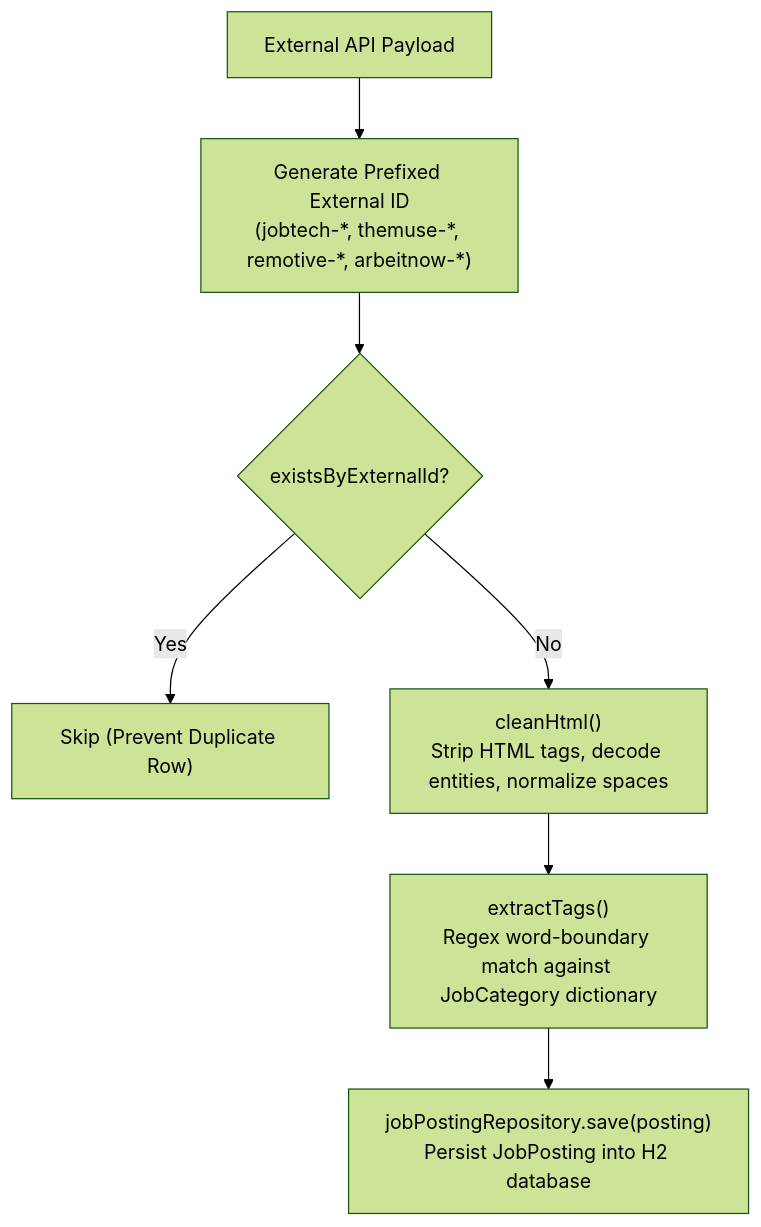
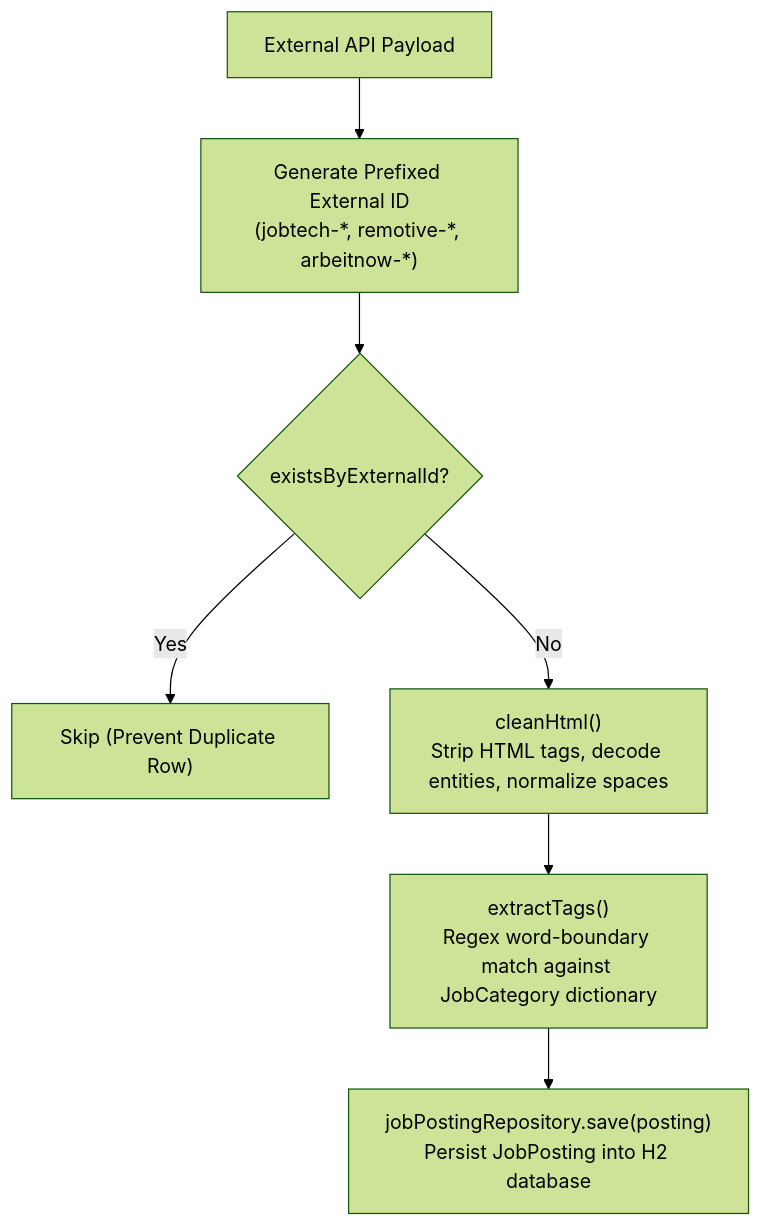
The first of 2 diagrams in README.md (A2p3kt/job-app), drawn with Mermaid (forest theme) before and after one commit. The commit also changed other lines of this file and 5 other files, not shown here.

````diff
--- a/README.md
+++ b/README.md
@@ -120,9 +113,9 @@
 ```mermaid
 flowchart TD
-    API["External API Payload"] --> ID["Generate Prefixed External ID<br/>(jobtech-*, themuse-*, remotive-*, arbeitnow-*)"]
+    API["External API Payload"] --> ID["Generate Prefixed External ID<br/>(jobtech-*, remotive-*, arbeitnow-*)"]
     ID --> DUP{"existsByExternalId?"}
     DUP -- "Yes" --> SKIP["Skip (Prevent Duplicate Row)"]
     DUP -- "No" --> SANITIZE["cleanHtml()<br/>Strip HTML tags, decode entities, normalize spaces"]
     SANITIZE --> TAGS["extractTags()<br/>Regex word-boundary match against JobCategory dictionary"]
     TAGS --> PERSIST["jobPostingRepository.save(posting)<br/>Persist JobPosting into H2 database"]
 ```
````
